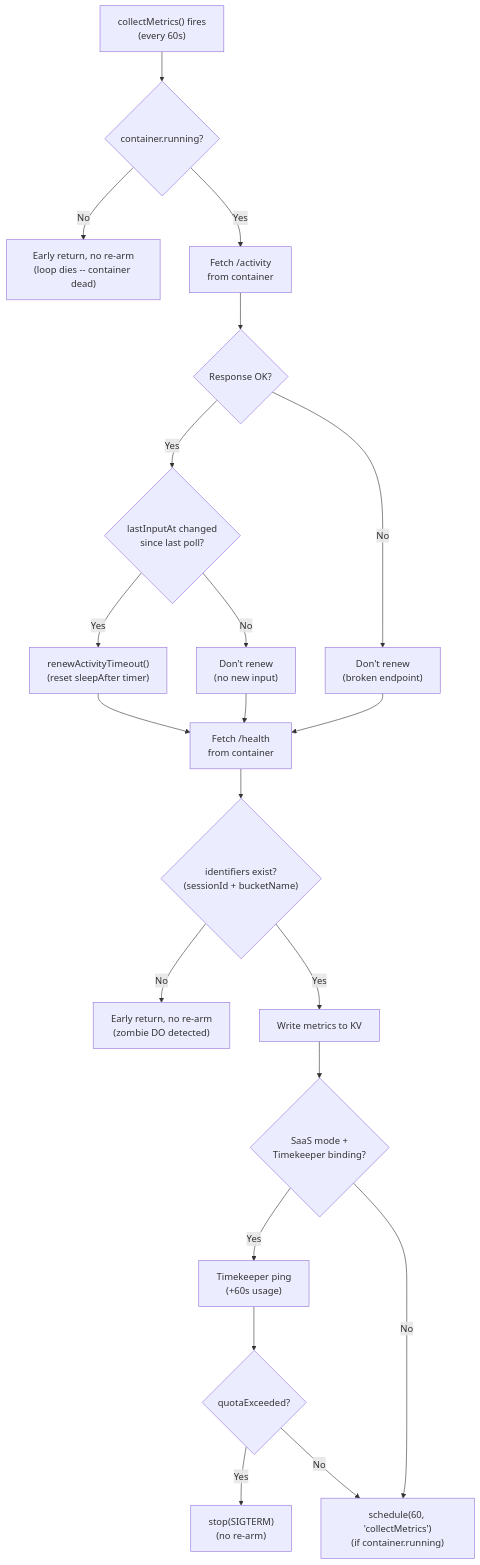
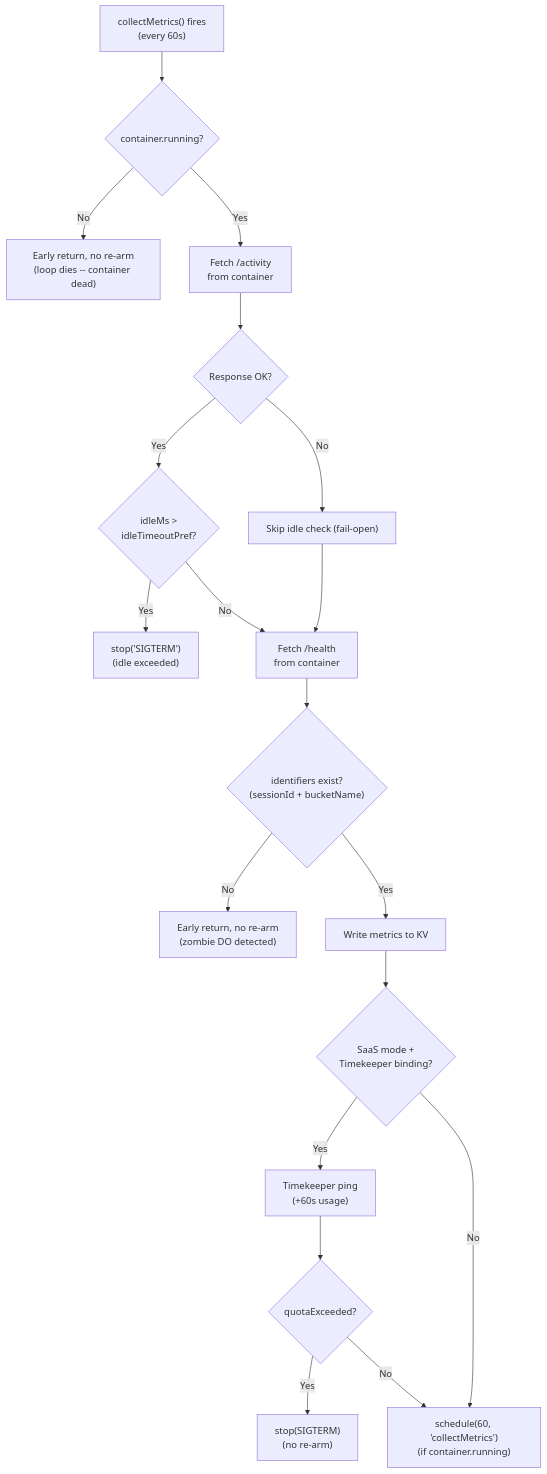
One commit to nikolanovoselec/codeflare changed the second of 10 diagrams in documentation/architecture.md. Above: the diagram before and after it, drawn with Mermaid. The commit also changed other lines of this file and 1 other file, not shown here.

````diff
--- a/documentation/architecture.md
+++ b/documentation/architecture.md
@@ -79,23 +75,21 @@
 ```mermaid
 flowchart TD
     CM["collectMetrics() fires<br/>(every 60s)"] --> CRunning{"container.running?"}
     CRunning -->|No| Exit1["Early return, no re-arm<br/>(loop dies -- container dead)"]
     CRunning -->|Yes| FetchAct["Fetch /activity<br/>from container"]
     FetchAct --> ActOK{"Response OK?"}
-    ActOK -->|No| NoRenewErr["Don't renew<br/>(broken endpoint)"]
-    ActOK -->|Yes| InputChanged{"lastInputAt changed<br/>since last poll?"}
-    InputChanged -->|Yes| Renew["renewActivityTimeout()<br/>(reset sleepAfter timer)"]
-    InputChanged -->|No| NoRenew["Don't renew<br/>(no new input)"]
-    Renew --> FetchHealth["Fetch /health<br/>from container"]
-    NoRenew --> FetchHealth
-    NoRenewErr --> FetchHealth
+    ActOK -->|No| Skip["Skip idle check (fail-open)"]
+    ActOK -->|Yes| IdleCheck{"idleMs &gt;<br/>idleTimeoutPref?"}
+    IdleCheck -->|Yes| StopIdle["stop('SIGTERM')<br/>(idle exceeded)"]
+    IdleCheck -->|No| FetchHealth["Fetch /health<br/>from container"]
+    Skip --> FetchHealth
     FetchHealth --> IDs{"identifiers exist?<br/>(sessionId + bucketName)"}
     IDs -->|No| Exit2["Early return, no re-arm<br/>(zombie DO detected)"]
     IDs -->|Yes| WriteKV["Write metrics to KV"]
     WriteKV --> TK{"SaaS mode +<br/>Timekeeper binding?"}
     TK -->|Yes| Ping["Timekeeper ping<br/>(+60s usage)"]
     Ping --> QuotaCheck{"quotaExceeded?"}
     QuotaCheck -->|Yes| Stop["stop(SIGTERM)<br/>(no re-arm)"]
     QuotaCheck -->|No| ReArm["schedule(60, 'collectMetrics')<br/>(if container.running)"]
     TK -->|No| ReArm
 ```
````
